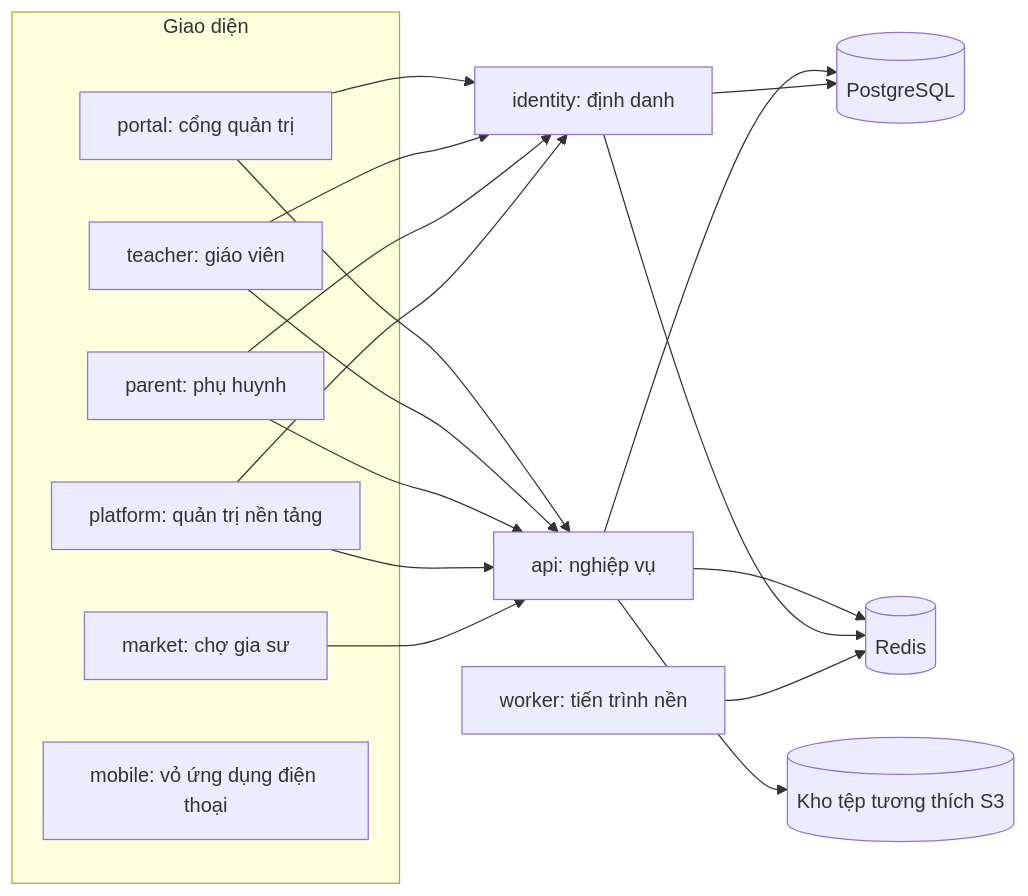
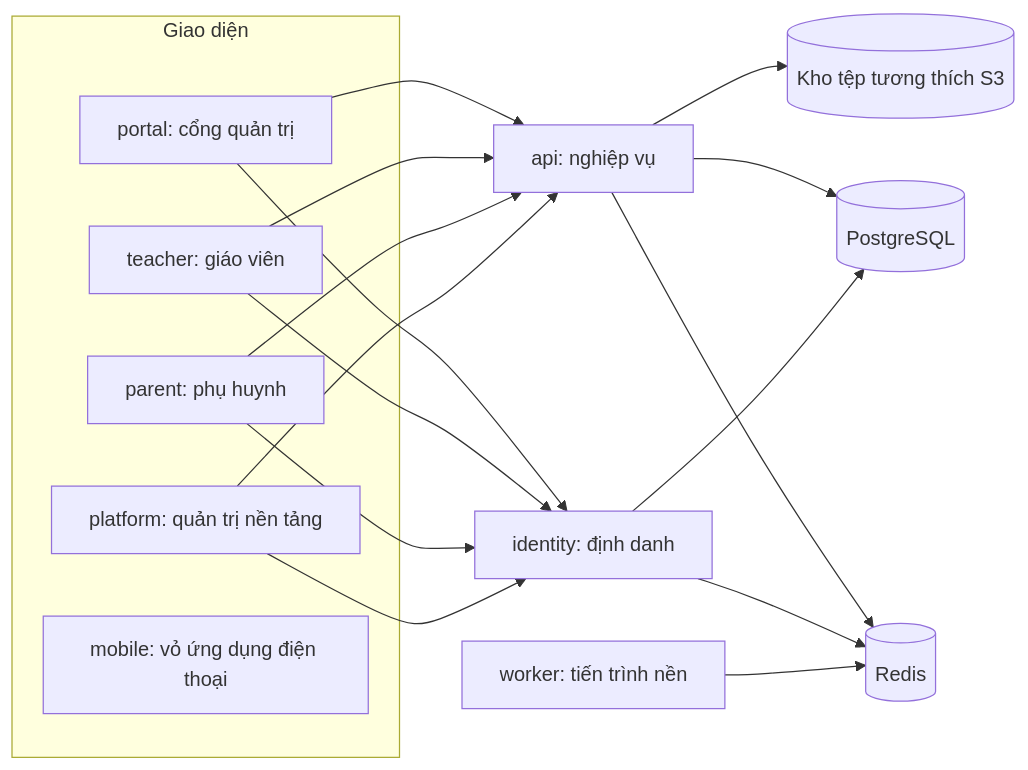
The diagram in README.md (luckyshopvn/school_management), drawn with Mermaid before and after one commit. The commit also changed other lines of this file and 157 other files, not shown here.

First line of the commit message:
YCTD-384 lát L1: gỡ Chợ gia sư khỏi School Management, công cụ sao lưu trước khi xóa

````diff
--- a/README.md
+++ b/README.md
@@ -34,19 +34,18 @@
 ```mermaid
 flowchart LR
   subgraph Giao diện
     portal[portal: cổng quản trị]
     teacher[teacher: giáo viên]
     parent[parent: phụ huynh]
     platform[platform: quản trị nền tảng]
-    market[market: chợ gia sư]
     mobile[mobile: vỏ ứng dụng điện thoại]
   end
-  portal & teacher & parent & platform & market --> api
+  portal & teacher & parent & platform --> api
   portal & teacher & parent & platform --> identity
   api[api: nghiệp vụ] --> pg[(PostgreSQL)]
   identity[identity: định danh] --> pg
   api --> redis[(Redis)]
   identity --> redis
   worker[worker: tiến trình nền] --> redis
   api --> s3[(Kho tệp tương thích S3)]
 ```
````
